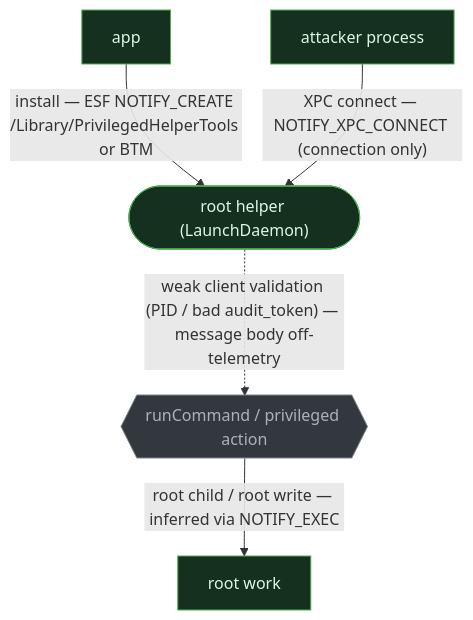
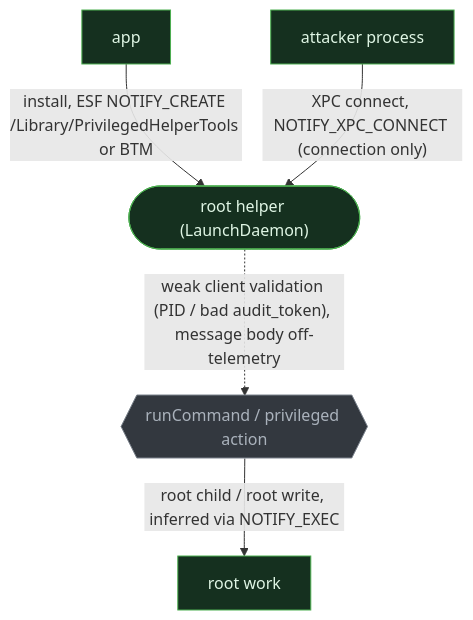
Before and after one commit to iimp0ster/os-internals-de-guide: the third of 3 diagrams in src/privilege-escalation/03-tcc-helpers.md, drawn with Mermaid. The commit also changed other lines of this file and 53 other files, not shown here.

````diff
--- a/src/privilege-escalation/03-tcc-helpers.md
+++ b/src/privilege-escalation/03-tcc-helpers.md
@@ -103,9 +96,9 @@
 ```mermaid
 flowchart TB
-    I["app"]:::seen -->|"install — ESF NOTIFY_CREATE /Library/PrivilegedHelperTools or BTM"| H(["root helper (LaunchDaemon)"]):::seen
-    C["attacker process"]:::seen -->|"XPC connect — NOTIFY_XPC_CONNECT (connection only)"| H
-    H -.->|"weak client validation (PID / bad audit_token) — message body off-telemetry"| W{{"runCommand / privileged action"}}:::blind
-    W -->|"root child / root write — inferred via NOTIFY_EXEC"| R["root work"]:::seen
+    I["app"]:::seen -->|"install, ESF NOTIFY_CREATE /Library/PrivilegedHelperTools or BTM"| H(["root helper (LaunchDaemon)"]):::seen
+    C["attacker process"]:::seen -->|"XPC connect, NOTIFY_XPC_CONNECT (connection only)"| H
+    H -.->|"weak client validation (PID / bad audit_token), message body off-telemetry"| W{{"runCommand / privileged action"}}:::blind
+    W -->|"root child / root write, inferred via NOTIFY_EXEC"| R["root work"]:::seen
     classDef seen fill:#15301f,stroke:#4caf50,color:#dff5e4;
     classDef blind fill:#33383f,stroke:#7a828c,color:#aab2bc;
 ```
````
